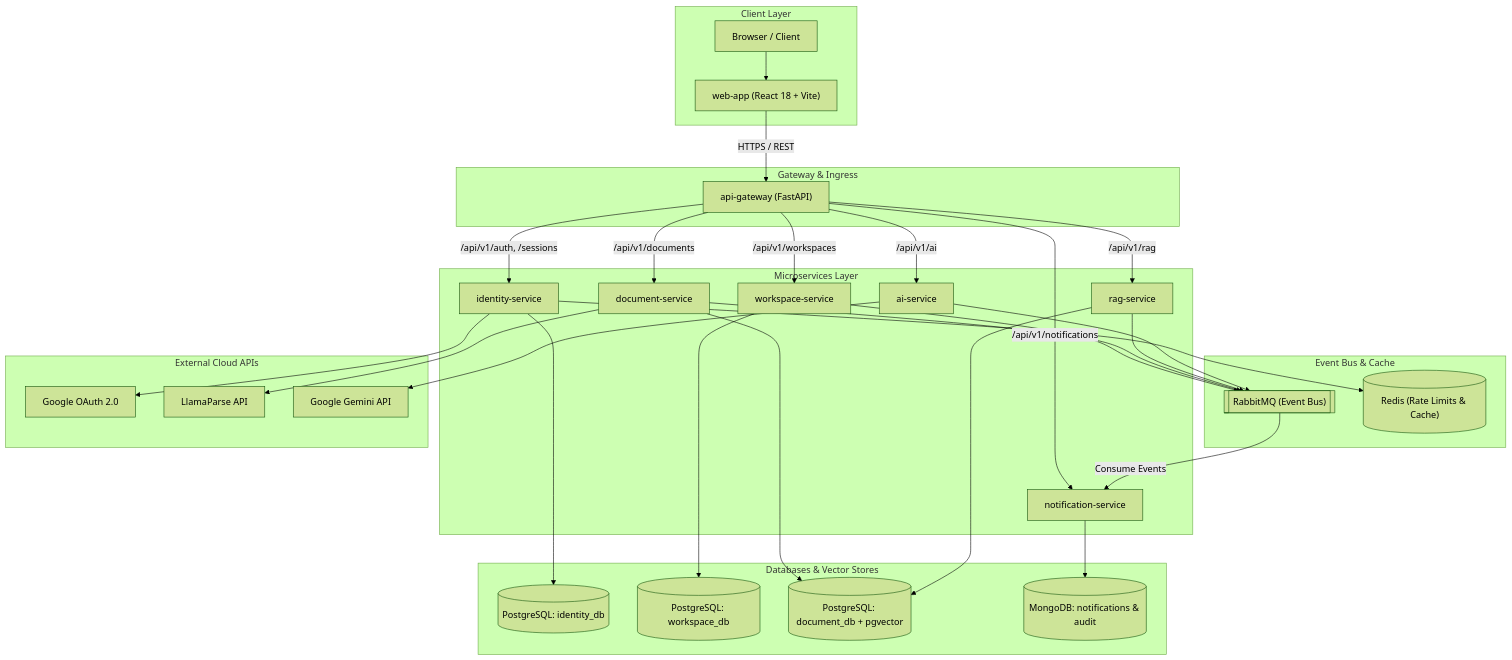
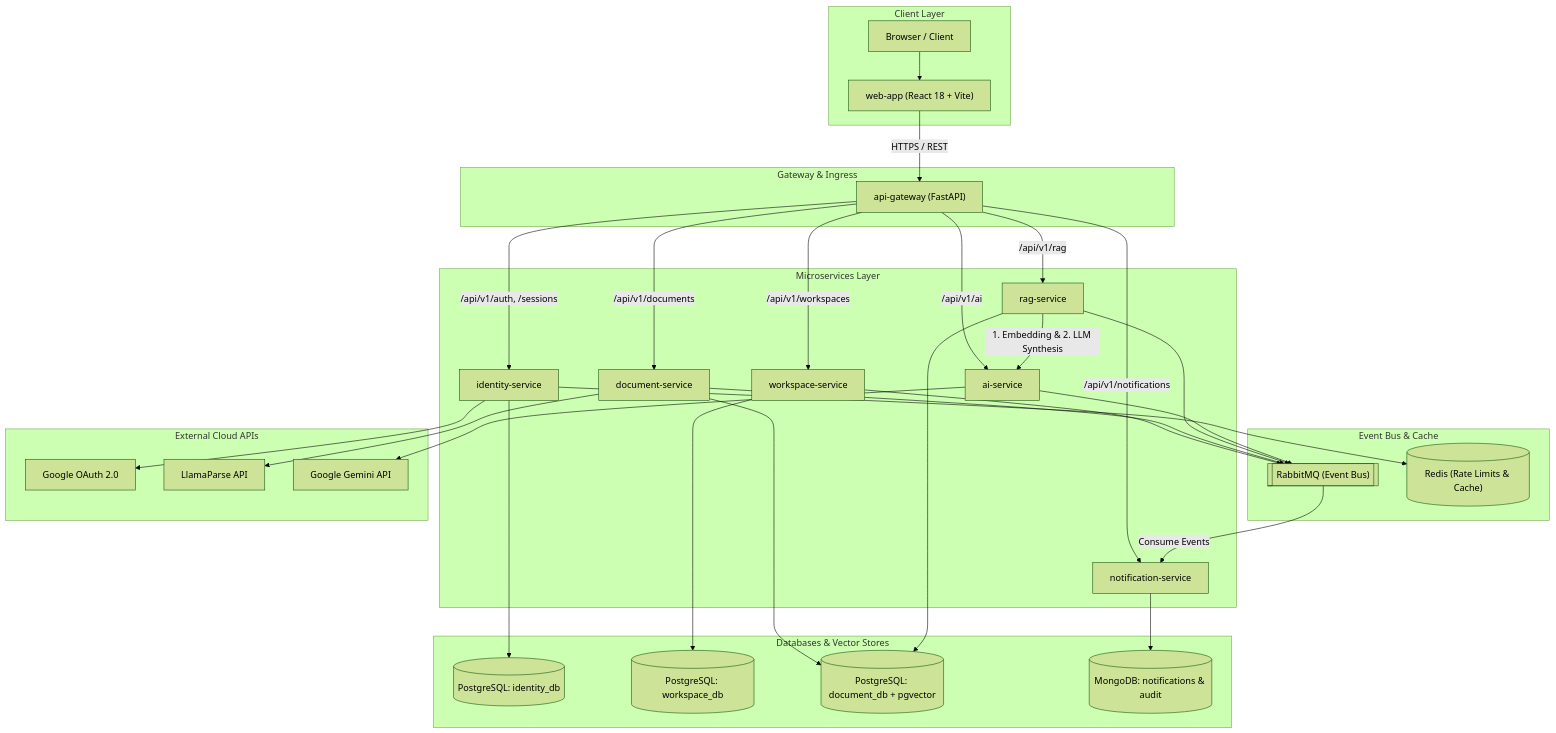
One commit to ulthimanju/CAPSTONE changed the diagram in component_architecture.mmd. Above: the diagram before and after it, drawn with Mermaid (forest theme).

Commit message:
docs: add RAG to AI service inter-service communication edge in architecture diagram

```diff
--- a/component_architecture.mmd
+++ b/component_architecture.mmd
@@ -1,73 +1,76 @@
 flowchart TD
 
     %% ── Client Layer ──
     subgraph CLIENT["Client Layer"]
         USER["Browser / Client"]
         WEB["web-app (React 18 + Vite)"]
         USER --> WEB
     end
 
     %% ── API Gateway Layer ──
     subgraph GATEWAY["Gateway & Ingress"]
         GW["api-gateway (FastAPI)"]
         WEB -->|HTTPS / REST| GW
     end
 
     %% ── Microservices Layer ──
     subgraph SERVICES["Microservices Layer"]
         ID["identity-service"]
         WS["workspace-service"]
         DOC["document-service"]
         RAG["rag-service"]
         AI["ai-service"]
         NOTIFY["notification-service"]
     end
 
     GW -->|/api/v1/auth, /sessions| ID
     GW -->|/api/v1/workspaces| WS
     GW -->|/api/v1/documents| DOC
     GW -->|/api/v1/rag| RAG
     GW -->|/api/v1/ai| AI
     GW -->|/api/v1/notifications| NOTIFY
 
+    %% Service-to-Service Interaction
+    RAG -->|1. Embedding & 2. LLM Synthesis| AI
+
     %% ── Message Broker & Cache ──
     subgraph MESSAGING["Event Bus & Cache"]
         RMQ[["RabbitMQ (Event Bus)"]]
         REDIS[("Redis (Rate Limits & Cache)")]
     end
 
     %% ── Data Storage Layer ──
     subgraph STORAGE["Databases & Vector Stores"]
         PG_ID[("PostgreSQL: identity_db")]
         PG_WS[("PostgreSQL: workspace_db")]
         PG_DOC[("PostgreSQL: document_db + pgvector")]
         MONGO[("MongoDB: notifications & audit")]
     end
 
     %% ── External Integrations ──
     subgraph EXTERNAL["External Cloud APIs"]
         GOOGLE["Google OAuth 2.0"]
         LLAMA["LlamaParse API"]
         GEMINI["Google Gemini API"]
     end
 
-    %% Service to Database connections
+    %% Service Connections
     ID --> PG_ID
     ID --> REDIS
     ID --> GOOGLE
 
     WS --> PG_WS
     WS --> RMQ
 
     DOC --> PG_DOC
     DOC --> LLAMA
     DOC --> RMQ
 
     RAG --> PG_DOC
     RAG --> RMQ
 
     AI --> GEMINI
     AI --> RMQ
 
     RMQ -->|Consume Events| NOTIFY
     NOTIFY --> MONGO
```
